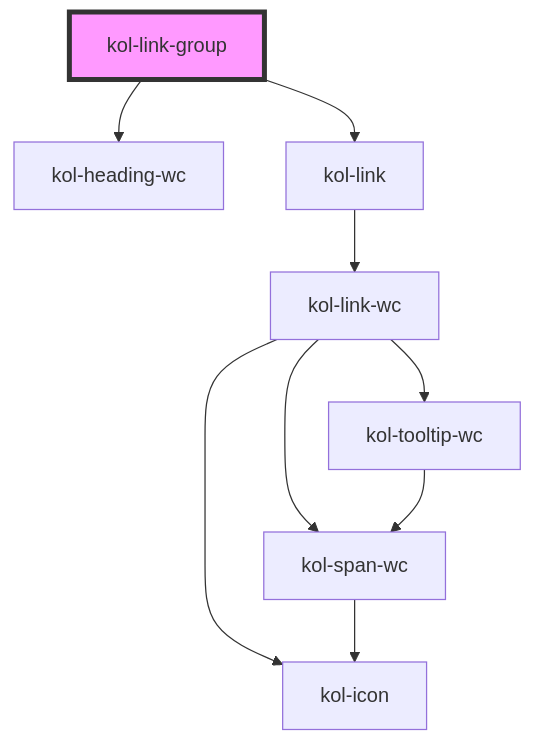
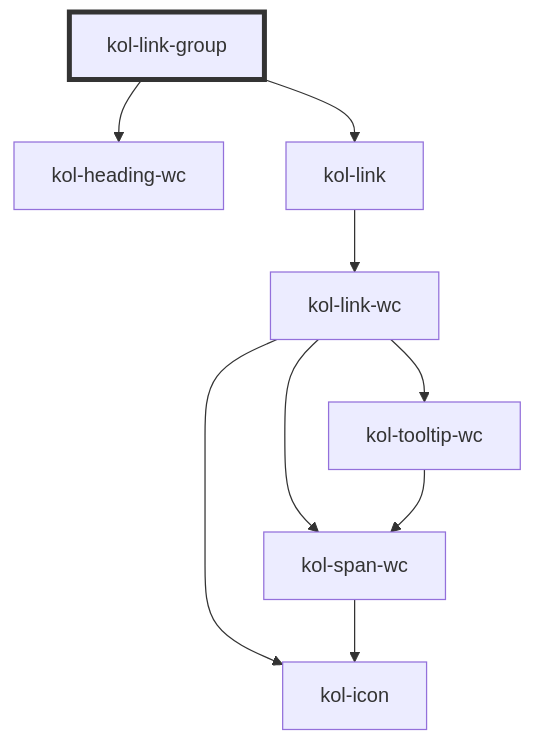
Before and after one commit to public-ui/kolibri: the diagram in packages/components/src/components/link-group/readme.md, drawn with Mermaid. The commit also changed 372 other files, not shown here.

````diff
--- a/packages/components/src/components/link-group/readme.md
+++ b/packages/components/src/components/link-group/readme.md
@@ -103,12 +103,12 @@
 ```mermaid
 graph TD;
   kol-link-group --> kol-heading-wc
   kol-link-group --> kol-link
   kol-link --> kol-link-wc
   kol-link-wc --> kol-span-wc
   kol-link-wc --> kol-icon
   kol-link-wc --> kol-tooltip-wc
   kol-span-wc --> kol-icon
   kol-tooltip-wc --> kol-span-wc
-  style kol-link-group fill:#f9f,stroke:#333,stroke-width:4px
+  style kol-link-group stroke:#333,stroke-width:4px
 ```
````
